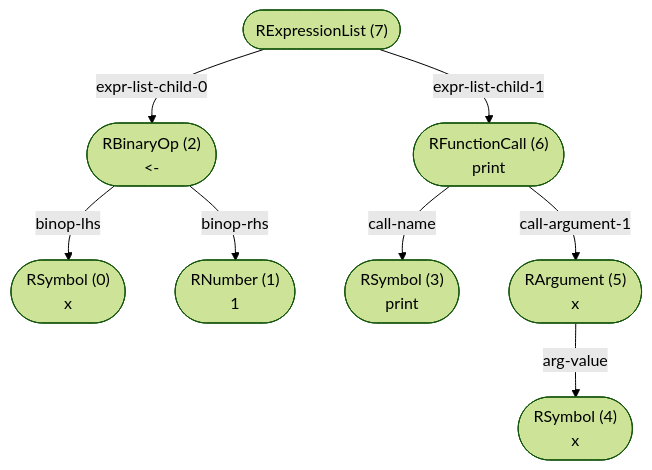
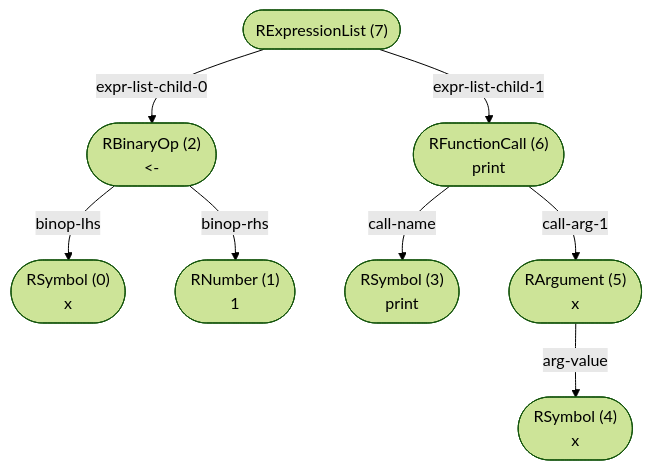
One commit to flowr-analysis/flowr changed the first of 2 diagrams in wiki/Core.md. Above: the diagram before and after it, drawn with Mermaid (forest theme). The commit also changed other lines of this file and 3 other files, not shown here.

Commit message:
[skip ci] doc: update generated wiki pages (wiki/Normalized AST.md,wiki/Interface.md,wiki/Dataflow Graph.md,wiki/Core.md)

````diff
--- a/wiki/Core.md
+++ b/wiki/Core.md
@@ -332,27 +332,27 @@
 ```mermaid
 flowchart TD
     n7(["RExpressionList (7)
  "])
     n2(["RBinaryOp (2)
 #60;#45;"])
     n7 -->|"expr-list-child-0"| n2
     n0(["RSymbol (0)
 x"])
     n2 -->|"binop-lhs"| n0
     n1(["RNumber (1)
 1"])
     n2 -->|"binop-rhs"| n1
     n6(["RFunctionCall (6)
 print"])
     n7 -->|"expr-list-child-1"| n6
     n3(["RSymbol (3)
 print"])
     n6 -->|"call-name"| n3
     n5(["RArgument (5)
 x"])
-    n6 -->|"call-argument-1"| n5
+    n6 -->|"call-arg-1"| n5
     n4(["RSymbol (4)
 x"])
     n5 -->|"arg-value"| n4
 
 ```
````
